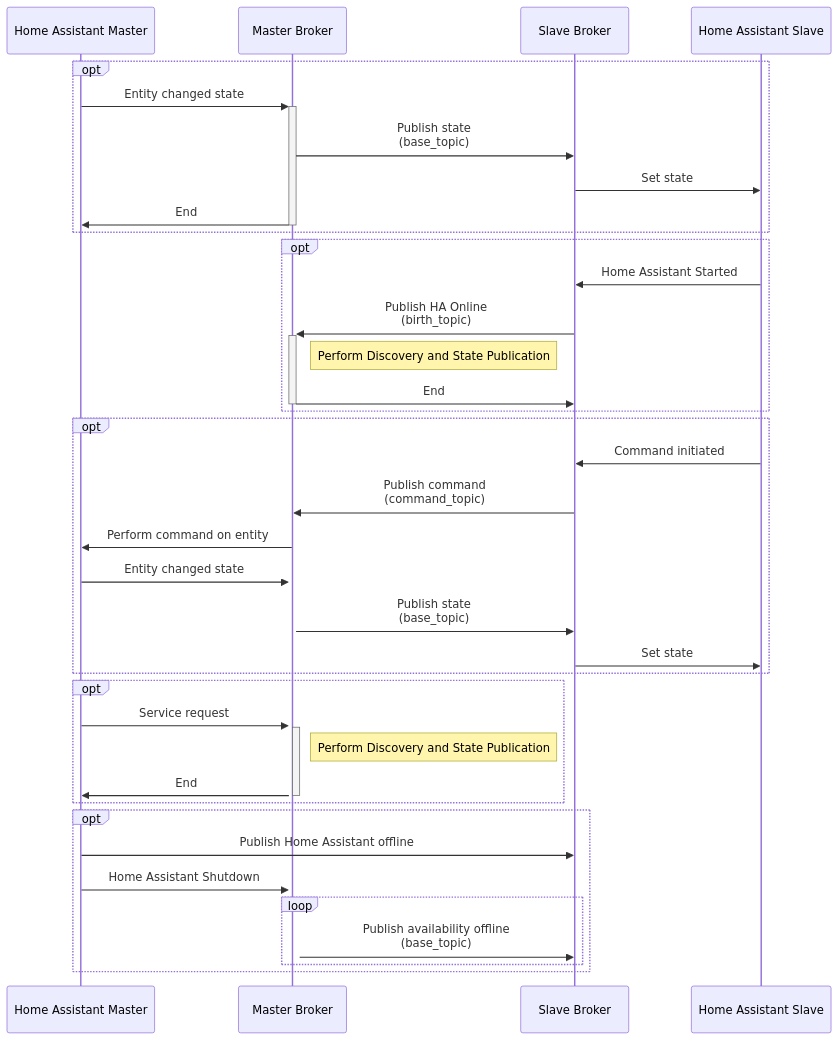
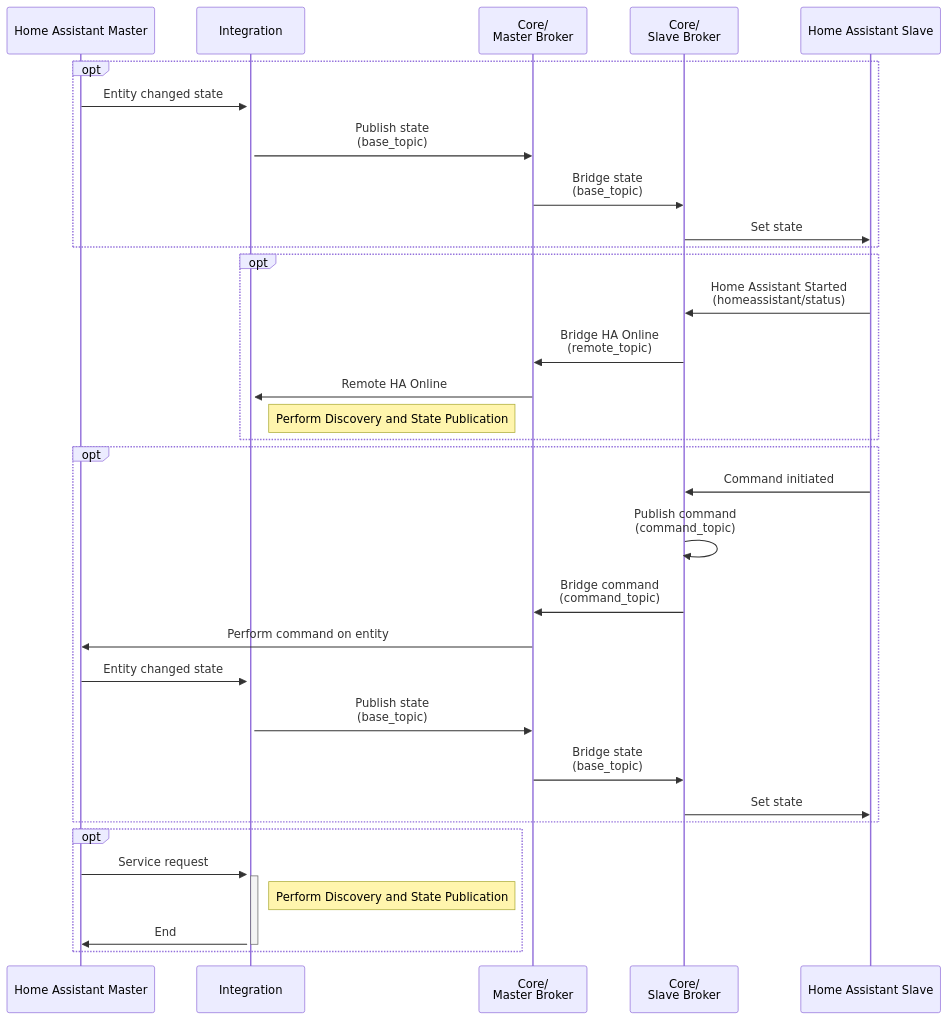
One commit to RogerSelwyn/mqtt_discoverystream_ha changed the second of 4 diagrams in README.md. Above: the diagram before and after it, drawn with Mermaid. The commit also changed other lines of this file, not shown here.

Commit message:
doc: Updated Mermaid diagrams with more detail

````diff
--- a/README.md
+++ b/README.md
@@ -155,40 +162,36 @@
 ```mermaid
 sequenceDiagram
 participant H as Home Assistant Master
-participant M as Master Broker
-participant S as Slave Broker
+participant I as Integration
+participant M as Core/<br/>Master Broker
+participant S as Core/<br/>Slave Broker
 participant R as Home Assistant Slave
 opt
-  H->>+M: Entity changed state
-  M->>S: Publish state<br/>(base_topic)
+  H->>+I: Entity changed state
+  I->>M: Publish state<br/>(base_topic)
+  M->>S: Bridge state<br/>(base_topic)
   S->>R: Set state
-  M->>-H: End
 end
 
 opt
-  R->>S: Home Assistant Started
-  S->>+M: Publish HA Online<br/>(birth_topic)
-note right of M: Perform Discovery and State Publication
-  M->>-S: End
+  R->>S: Home Assistant Started<br/>(homeassistant/status)
+  S->>M: Bridge HA Online<br/>(remote_topic)
+  M->>I: Remote HA Online
+note right of I: Perform Discovery and State Publication
 end
 opt
   R->>S: Command initiated
-  S->>M: Publish command<br/>(command_topic)
+  S->>S: Publish command<br/>(command_topic)
+  S->>M: Bridge command<br/>(command_topic)
   M->>H: Perform command on entity
-  H->>+M: Entity changed state
-  M->>S: Publish state<br/>(base_topic)
+  H->>I: Entity changed state
+  I->>M: Publish state<br/>(base_topic)
+  M->>S: Bridge state<br/>(base_topic)
   S->>R: Set state
 end
 opt
-  H->>+M: Service request
-note right of M: Perform Discovery and State Publication
-  M->>-H: End
-end
-opt
-  H->>S: Publish Home Assistant offline
-  H->>+M: Home Assistant Shutdown
-  loop
-    M->>S: Publish availability offline<br/>(base_topic)
-  end
+  H->>+I: Service request
+note right of I: Perform Discovery and State Publication
+  I->>-H: End
 end
 ```
````
